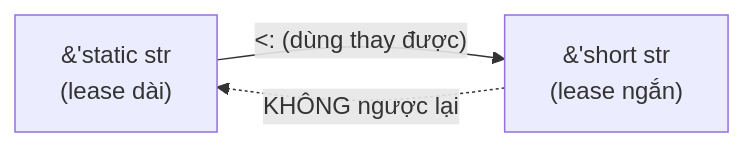
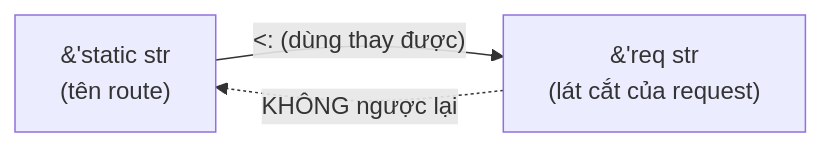
The first of 2 diagrams in docs/10-rust-internals/05-variance-va-dropck.md (pirumu/irust), drawn with Mermaid before and after one commit. The commit also changed other lines of this file and 35 other files, not shown here.

````diff
--- a/docs/10-rust-internals/05-variance-va-dropck.md
+++ b/docs/10-rust-internals/05-variance-va-dropck.md
@@ -28,5 +36,5 @@
 ```mermaid
 flowchart LR
-  A["&'static str<br/>(lease dài)"] -- "<: (dùng thay được)" --> B["&'short str<br/>(lease ngắn)"]
+  A["&'static str<br/>(tên route)"] -- "<: (dùng thay được)" --> B["&'req str<br/>(lát cắt của request)"]
   B -. "KHÔNG ngược lại" .-> A
 ```
````
